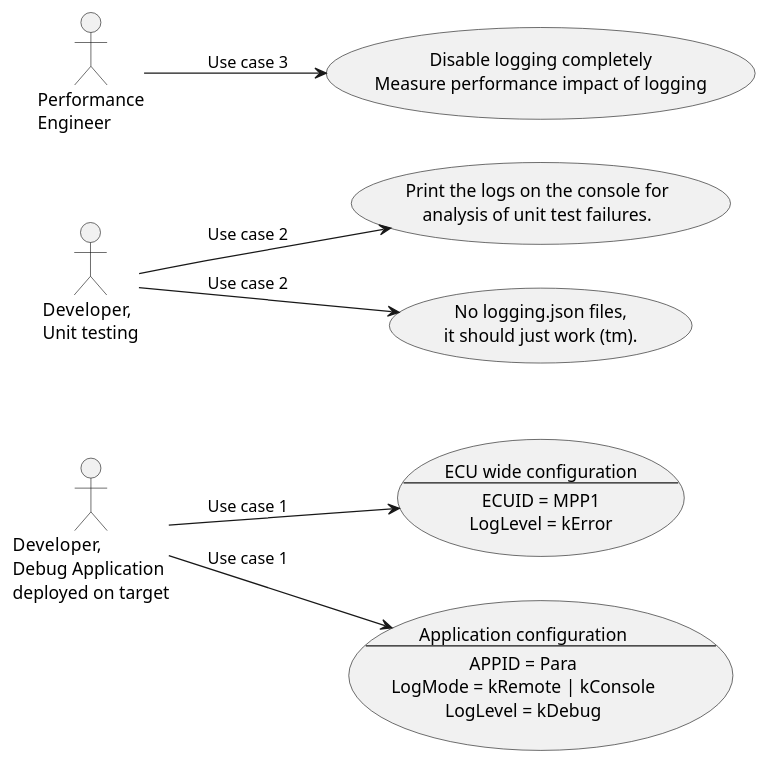
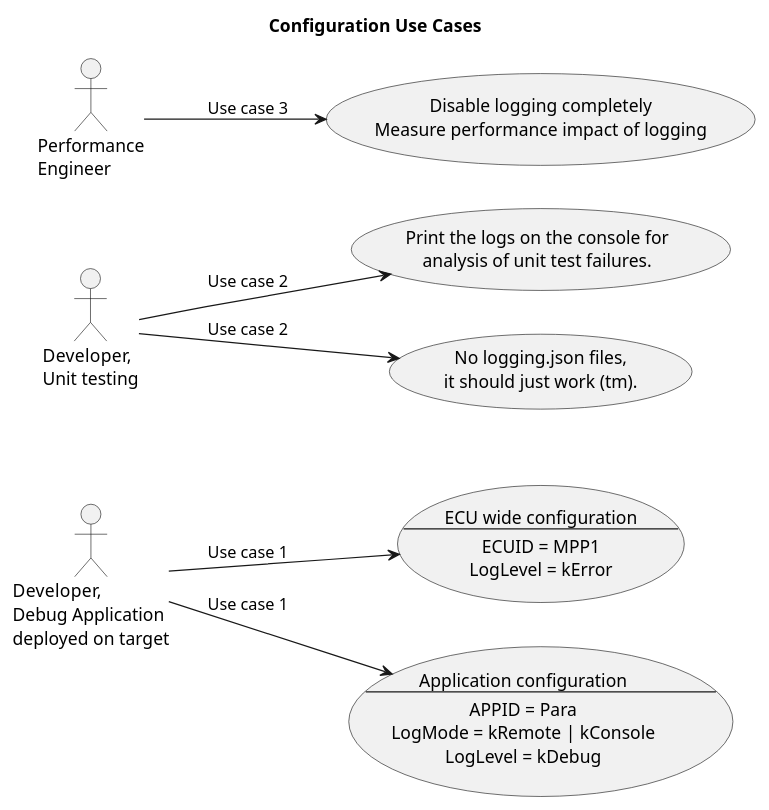
One commit to eclipse-score/inc_mw_log changed the diagram in design/configuration_use_cases.puml. Above: the diagram before and after it, drawn with PlantUML. The commit also changed 9 other files, not shown here.

Commit message:
more diagrams

```diff
--- a/design/configuration_use_cases.puml
+++ b/design/configuration_use_cases.puml
@@ -1,25 +1,25 @@
 @startuml configuration_use_cases
-
 left to right direction
+title Configuration Use Cases
 
 actor "Developer,\nDebug Application\ndeployed on target" as Dev1
 actor "Developer,\nUnit testing" as Dev2  
 actor "Performance\nEngineer" as PerfEng
 
 usecase "ECU wide configuration\n--\nECUID = MPP1\nLogLevel = kError" as UC1_ECU
 usecase "Application configuration\n--\nAPPID = Para\nLogMode = kRemote | kConsole\nLogLevel = kDebug" as UC1_App
 
 usecase "Print the logs on the console for\nanalysis of unit test failures." as UC2_Console
 usecase "No logging.json files,\nit should just work (tm)." as UC2_Default
 
 usecase "Disable logging completely\nMeasure performance impact of logging" as UC3_Performance
 
 Dev1 --> UC1_ECU : "Use case 1"
 Dev1 --> UC1_App : "Use case 1"
 
 Dev2 --> UC2_Console : "Use case 2"
 Dev2 --> UC2_Default : "Use case 2"
 
 PerfEng --> UC3_Performance : "Use case 3"
 
 @enduml
```
